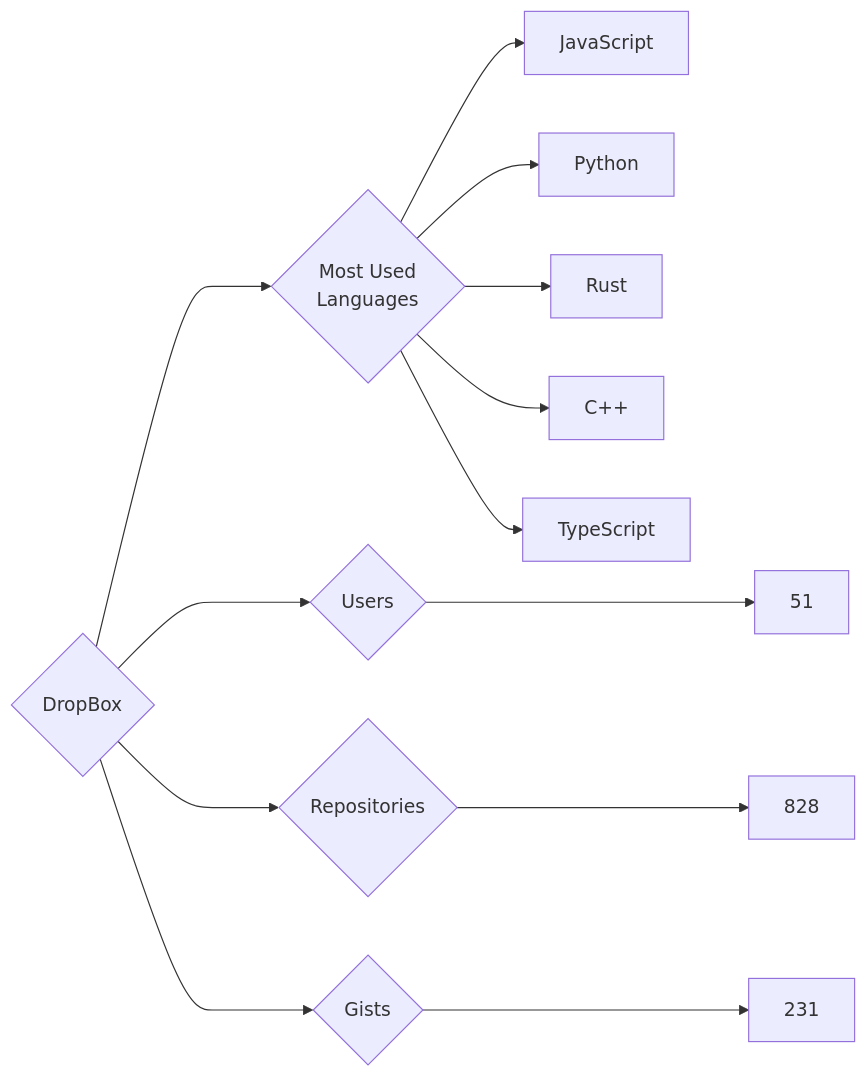
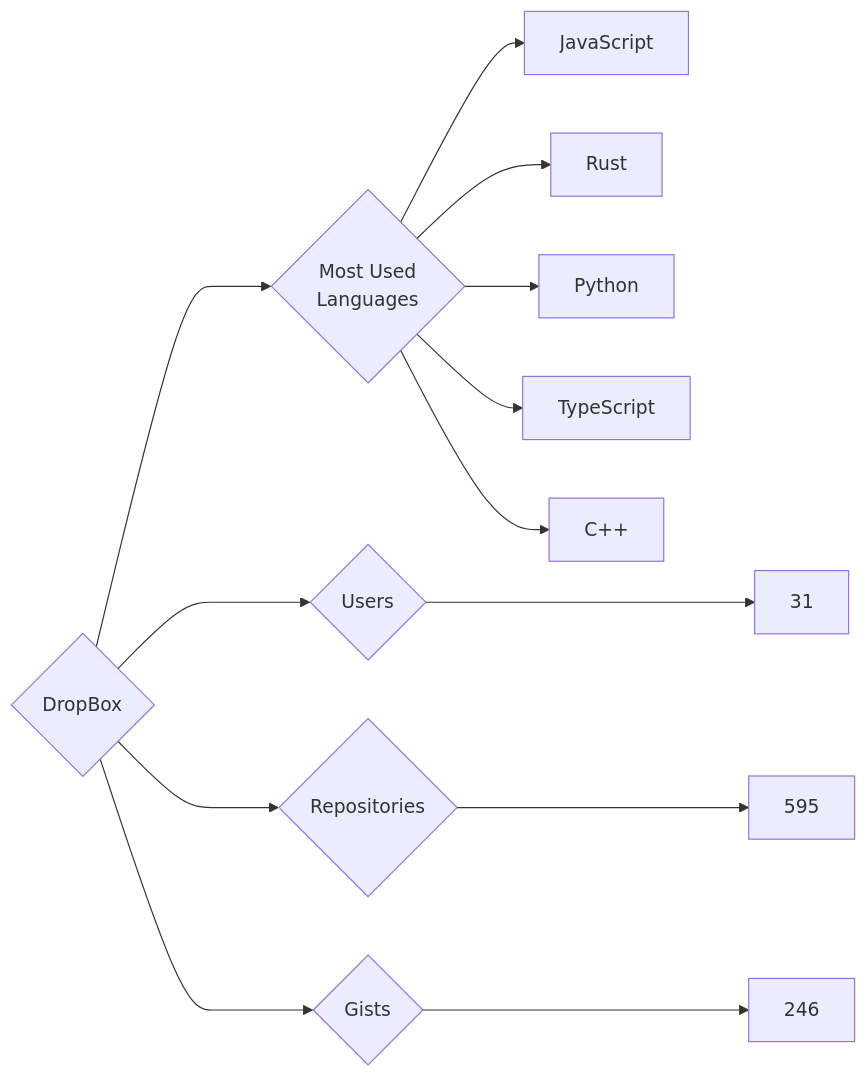
One commit to trickest/insiders changed the diagram in targets/DropBox/README.md. Above: the diagram before and after it, drawn with Mermaid. The commit also changed 944 other files, not shown here.

````diff
--- a/targets/DropBox/README.md
+++ b/targets/DropBox/README.md
@@ -3,13 +3,13 @@
 ```mermaid
 graph LR
 COMPANY_NAME{DropBox}
-COMPANY_NAME ---> U{Users} ---> UN[51]
-COMPANY_NAME ---> R{Repositories} ---> RN[828]
-COMPANY_NAME ---> G{Gists} ---> GN[231]
+COMPANY_NAME ---> U{Users} ---> UN[31]
+COMPANY_NAME ---> R{Repositories} ---> RN[595]
+COMPANY_NAME ---> G{Gists} ---> GN[246]
 COMPANY_NAME ---> ML{Most Used<br>Languages}
 ML --> JavaScript[JavaScript]
+ML --> Rust[Rust]
 ML --> Python[Python]
-ML --> Rust[Rust]
+ML --> TypeScript[TypeScript]
 ML --> C++[C++]
-ML --> TypeScript[TypeScript]
 ```
````
